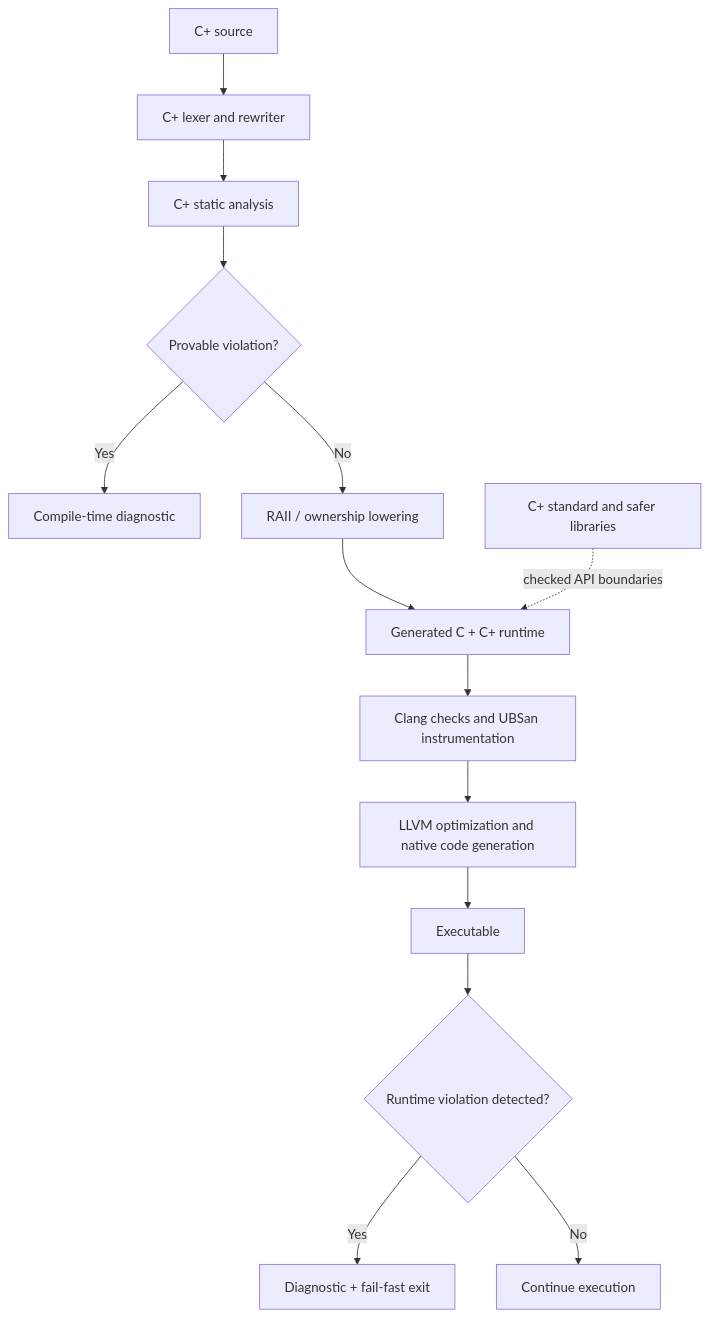
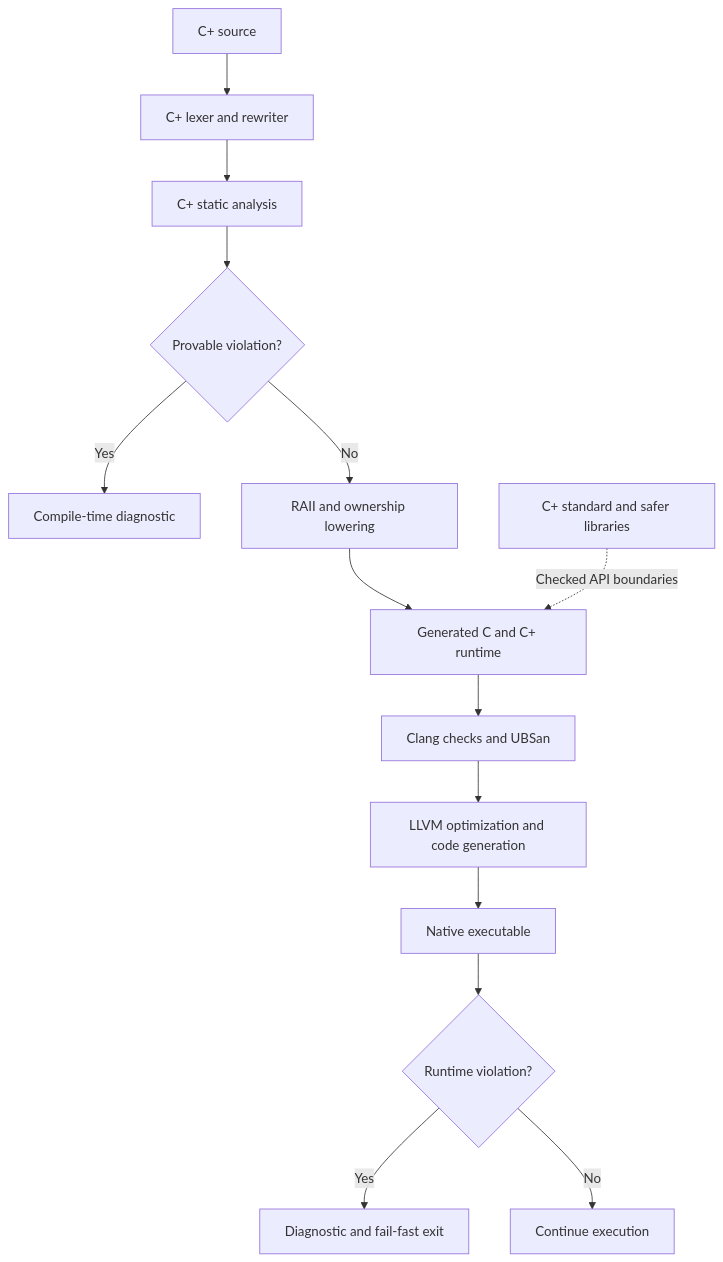
The first of 2 diagrams in README.md (haseeb-heaven/c-plus), drawn with Mermaid before and after one commit.

Commit message:
Fix Mermaid safety architecture diagram syntax

````diff
--- a/README.md
+++ b/README.md
@@ -30,16 +30,16 @@
 ```mermaid
 flowchart TD
-    A["C+ source"] --> B["C+ lexer and rewriter"]
-    B --> C["C+ static analysis"]
-    C --> D{"Provable violation?"}
-    D -- Yes --> E["Compile-time diagnostic"]
-    D -- No --> F["RAII / ownership lowering"]
-    F --> G["Generated C + C+ runtime"]
-    G --> H["Clang checks and UBSan instrumentation"]
-    H --> I["LLVM optimization and native code generation"]
-    I --> J["Executable"]
-    J --> K{"Runtime violation detected?"}
-    K -- Yes --> L["Diagnostic + fail-fast exit"]
-    K -- No --> M["Continue execution"]
-    N["C+ standard and safer libraries"] -. "checked API boundaries" .-> G
+    A[C+ source] --> B[C+ lexer and rewriter]
+    B --> C[C+ static analysis]
+    C --> D{Provable violation?}
+    D -->|Yes| E[Compile-time diagnostic]
+    D -->|No| F[RAII and ownership lowering]
+    F --> G[Generated C and C+ runtime]
+    G --> H[Clang checks and UBSan]
+    H --> I[LLVM optimization and code generation]
+    I --> J[Native executable]
+    J --> K{Runtime violation?}
+    K -->|Yes| L[Diagnostic and fail-fast exit]
+    K -->|No| M[Continue execution]
+    N[C+ standard and safer libraries] -.->|Checked API boundaries| G
 ```
````
